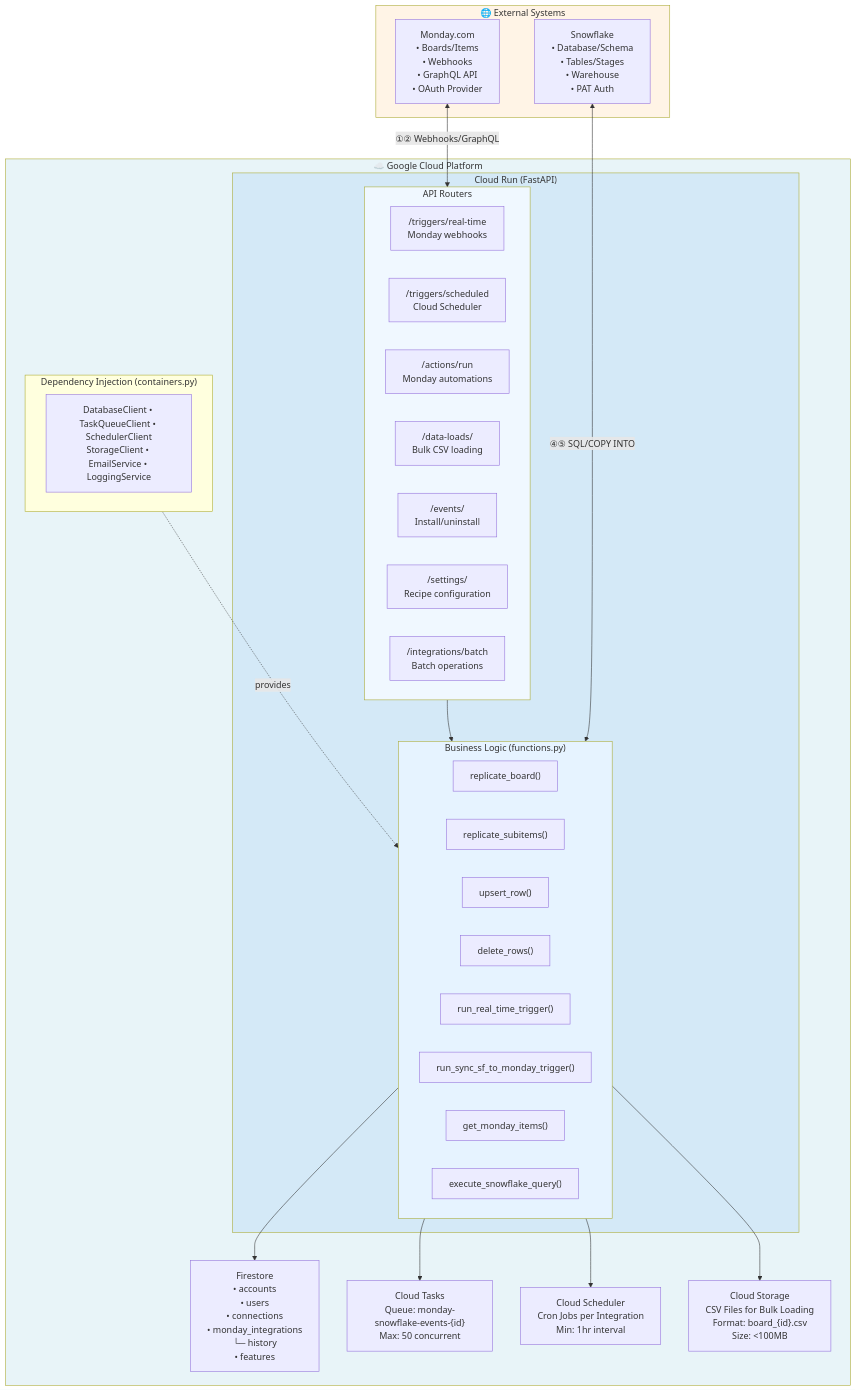
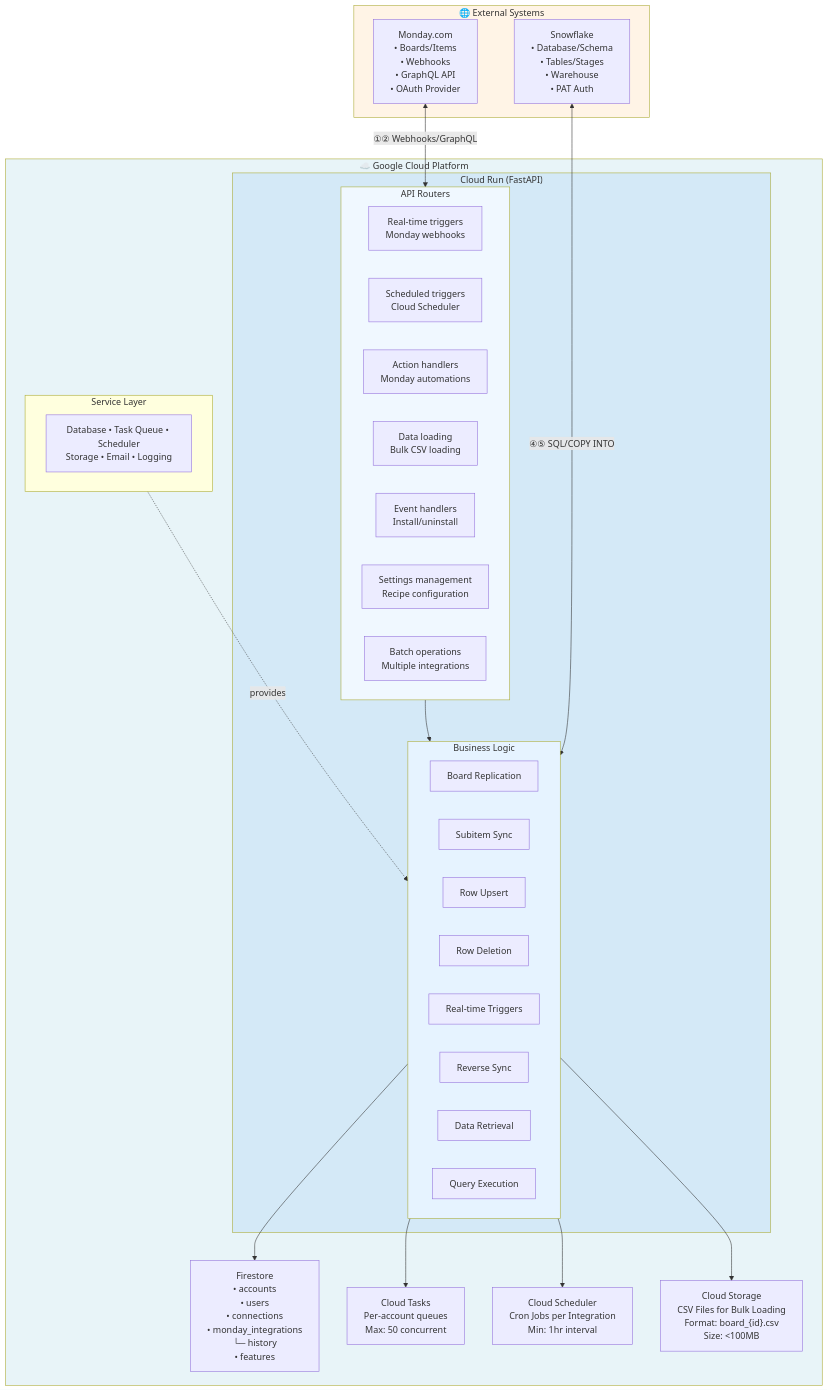
One commit to expressintegrations/monday-snowflake-docs changed the second of 7 diagrams in INTEGRATION_OVERVIEW.md. Above: the diagram before and after it, drawn with Mermaid. The commit also changed other lines of this file, not shown here.

Commit message:
Enhance integration documentation with updated architecture, capabilities, and support sections

````diff
--- a/INTEGRATION_OVERVIEW.md
+++ b/INTEGRATION_OVERVIEW.md
@@ -62,58 +65,58 @@
 ```mermaid
 graph TB
     subgraph External["🌐 External Systems"]
         Monday["Monday.com<br/>• Boards/Items<br/>• Webhooks<br/>• GraphQL API<br/>• OAuth Provider"]
         Snowflake["Snowflake<br/>• Database/Schema<br/>• Tables/Stages<br/>• Warehouse<br/>• PAT Auth"]
     end
 
     subgraph GCP["☁️ Google Cloud Platform"]
         subgraph CloudRun["Cloud Run (FastAPI)"]
             subgraph Routers["API Routers"]
-                RT["/triggers/real-time<br/>Monday webhooks"]
-                RS["/triggers/scheduled<br/>Cloud Scheduler"]
-                AR["/actions/run<br/>Monday automations"]
-                DL["/data-loads/<br/>Bulk CSV loading"]
-                EV["/events/<br/>Install/uninstall"]
-                ST["/settings/<br/>Recipe configuration"]
-                IB["/integrations/batch<br/>Batch operations"]
+                RT["Real-time triggers<br/>Monday webhooks"]
+                RS["Scheduled triggers<br/>Cloud Scheduler"]
+                AR["Action handlers<br/>Monday automations"]
+                DL["Data loading<br/>Bulk CSV loading"]
+                EV["Event handlers<br/>Install/uninstall"]
+                ST["Settings management<br/>Recipe configuration"]
+                IB["Batch operations<br/>Multiple integrations"]
             end
 
-            subgraph Logic["Business Logic (functions.py)"]
-                RB["replicate_board()"]
-                RSB["replicate_subitems()"]
-                UR["upsert_row()"]
-                DR["delete_rows()"]
-                RTT["run_real_time_trigger()"]
-                RST["run_sync_sf_to_monday_trigger()"]
-                GMI["get_monday_items()"]
-                ESQ["execute_snowflake_query()"]
+            subgraph Logic["Business Logic"]
+                RB["Board Replication"]
+                RSB["Subitem Sync"]
+                UR["Row Upsert"]
+                DR["Row Deletion"]
+                RTT["Real-time Triggers"]
+                RST["Reverse Sync"]
+                GMI["Data Retrieval"]
+                ESQ["Query Execution"]
             end
 
             Routers --> Logic
         end
 
         FS["Firestore<br/>• accounts<br/>• users<br/>• connections<br/>• monday_integrations<br/>  └─ history<br/>• features"]
-        CT["Cloud Tasks<br/>Queue: monday-snowflake-events-{id}<br/>Max: 50 concurrent"]
+        CT["Cloud Tasks<br/>Per-account queues<br/>Max: 50 concurrent"]
         CS["Cloud Scheduler<br/>Cron Jobs per Integration<br/>Min: 1hr interval"]
         GCS["Cloud Storage<br/>CSV Files for Bulk Loading<br/>Format: board_{id}.csv<br/>Size: <100MB"]
 
-        subgraph DI["Dependency Injection (containers.py)"]
-            Services["DatabaseClient • TaskQueueClient • SchedulerClient<br/>StorageClient • EmailService • LoggingService"]
+        subgraph DI["Service Layer"]
+            Services["Database • Task Queue • Scheduler<br/>Storage • Email • Logging"]
         end
 
         Logic --> FS
         Logic --> CT
         Logic --> CS
         Logic --> GCS
         DI -.provides.-> Logic
     end
 
     Monday <-->|①② Webhooks/GraphQL| Routers
     Snowflake <-->|④⑤ SQL/COPY INTO| Logic
 
     style External fill:#fff4e6
     style GCP fill:#e8f4f8
     style CloudRun fill:#d4e9f7
     style Routers fill:#f0f8ff
     style Logic fill:#e6f3ff
 ```
````
